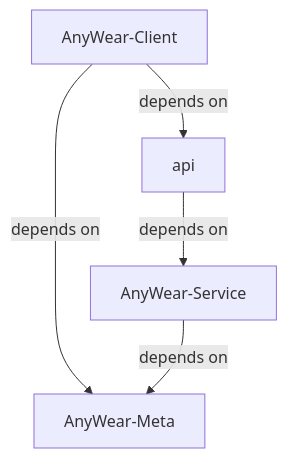
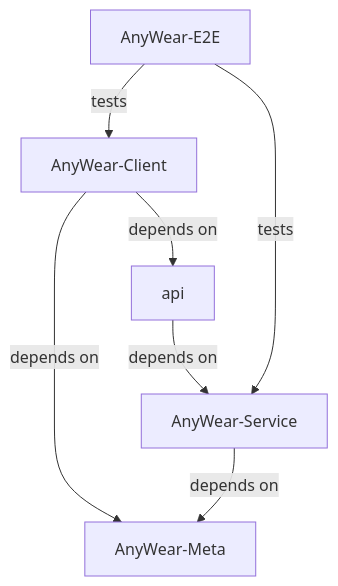
One commit to git-malu/AnyWear-E2E changed the second of 2 diagrams in AGENTS.md. Above: the diagram before and after it, drawn with Mermaid. The commit also changed other lines of this file and 3 other files, not shown here.

````diff
--- a/AGENTS.md
+++ b/AGENTS.md
@@ -29,7 +32,9 @@
 ```mermaid
 graph TD
     AnyWear-Client --> |depends on| AnyWear-Meta
     AnyWear-Service --> |depends on| AnyWear-Meta 
     AnyWear-Client --> |depends on| api
     api --> |depends on| AnyWear-Service
+    AnyWear-E2E --> |tests| AnyWear-Client
+    AnyWear-E2E --> |tests| AnyWear-Service
 ```
````
